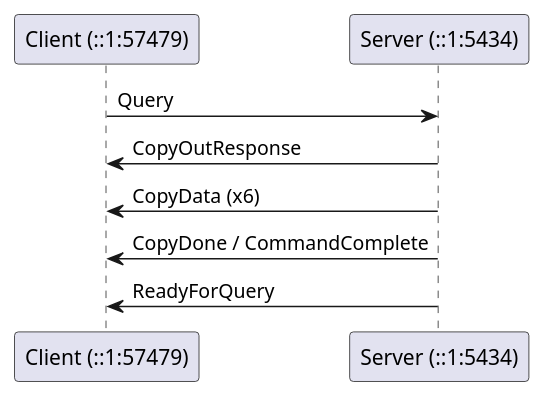
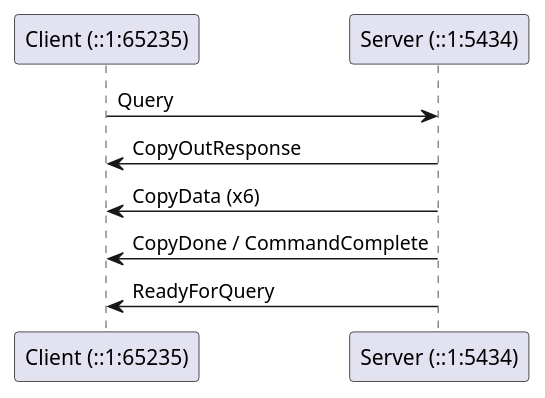
The diagram in docs/examples/exports/pagila-11-copy-out-binary/capture.plantuml.seq.md (xfischer/pg_protoexport), drawn with PlantUML before and after one commit. The commit also changed 135 other files, not shown here.

````diff
--- a/docs/examples/exports/pagila-11-copy-out-binary/capture.plantuml.seq.md
+++ b/docs/examples/exports/pagila-11-copy-out-binary/capture.plantuml.seq.md
@@ -2,11 +2,11 @@
 ```plantuml
 @startuml
-participant "Client (::1:57479)" as C
+participant "Client (::1:65235)" as C
 participant "Server (::1:5434)" as S
 C -> S : Query
 S -> C : CopyOutResponse
 S -> C : CopyData (x6)
 S -> C : CopyDone / CommandComplete
 S -> C : ReadyForQuery
 @enduml
 ```
````
